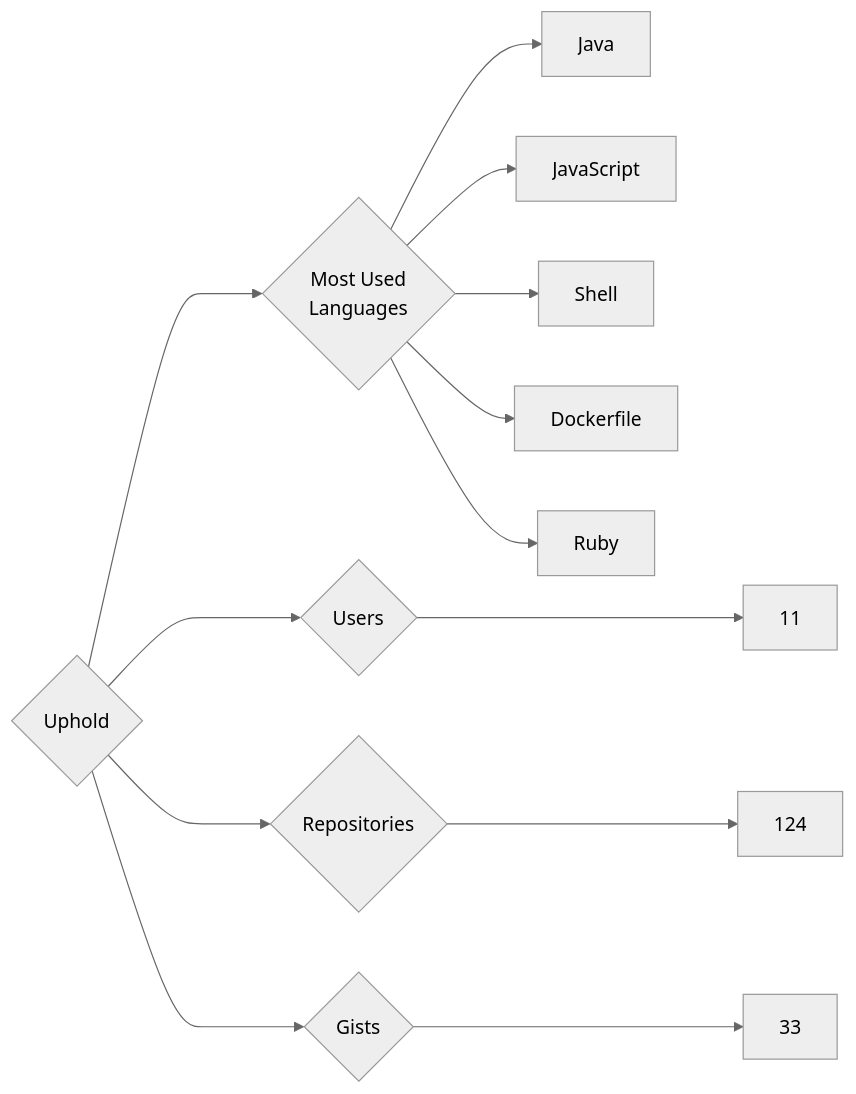
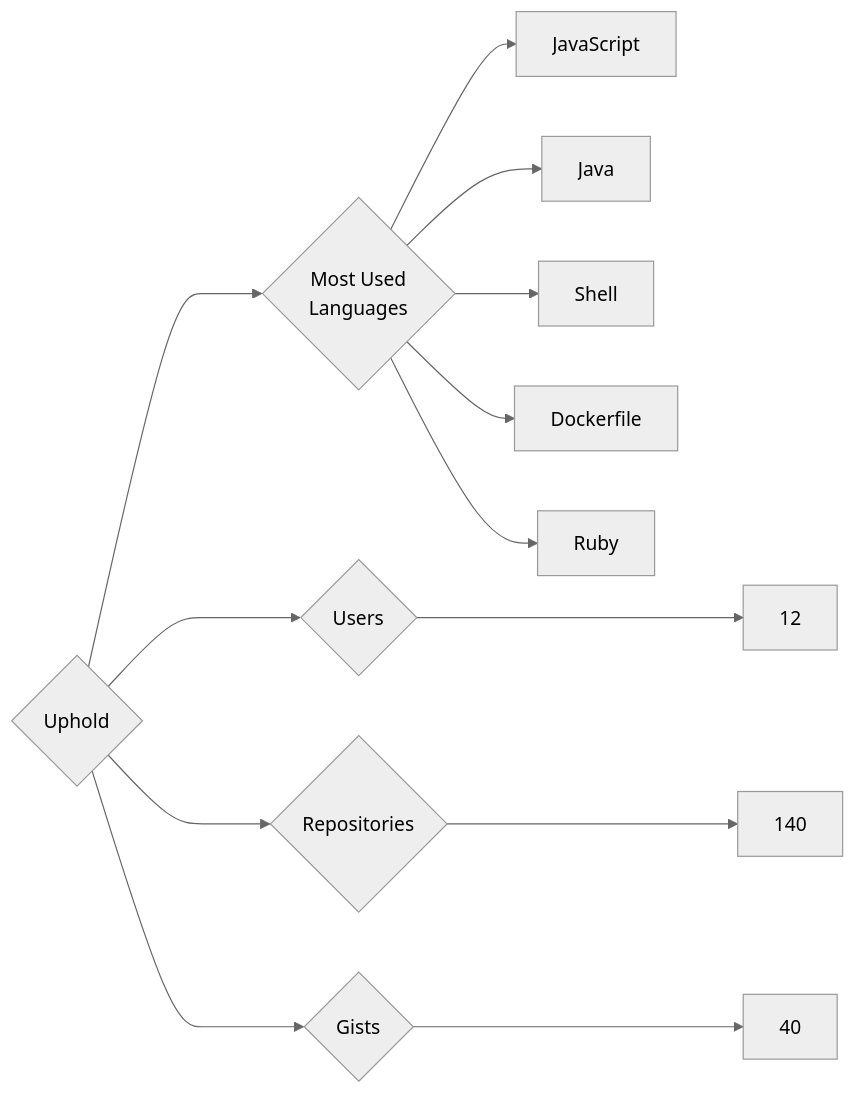
Before and after one commit to trickest/insiders: the diagram in targets/Uphold/README.md, drawn with Mermaid (neutral theme). The commit also changed 794 other files, not shown here.

````diff
--- a/targets/Uphold/README.md
+++ b/targets/Uphold/README.md
@@ -3,13 +3,13 @@
 ```mermaid
 graph LR
 COMPANY_NAME{Uphold}
-COMPANY_NAME ---> U{Users} ---> UN[11]
-COMPANY_NAME ---> R{Repositories} ---> RN[124]
-COMPANY_NAME ---> G{Gists} ---> GN[33]
+COMPANY_NAME ---> U{Users} ---> UN[12]
+COMPANY_NAME ---> R{Repositories} ---> RN[140]
+COMPANY_NAME ---> G{Gists} ---> GN[40]
 COMPANY_NAME ---> ML{Most Used<br>Languages}
+ML --> JavaScript[JavaScript]
 ML --> Java[Java]
-ML --> JavaScript[JavaScript]
 ML --> Shell[Shell]
 ML --> Dockerfile[Dockerfile]
 ML --> Ruby[Ruby]
 ```
````
